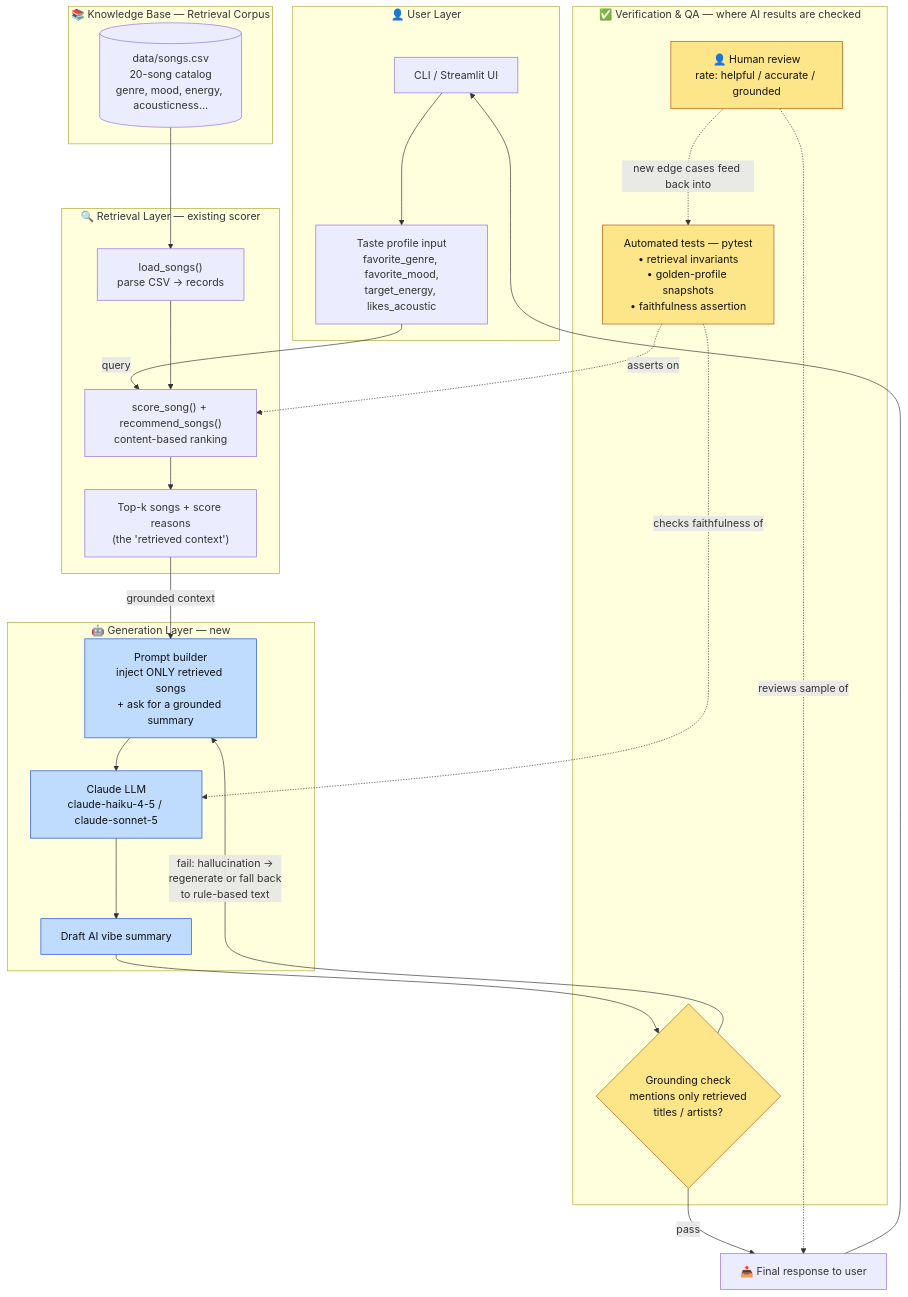
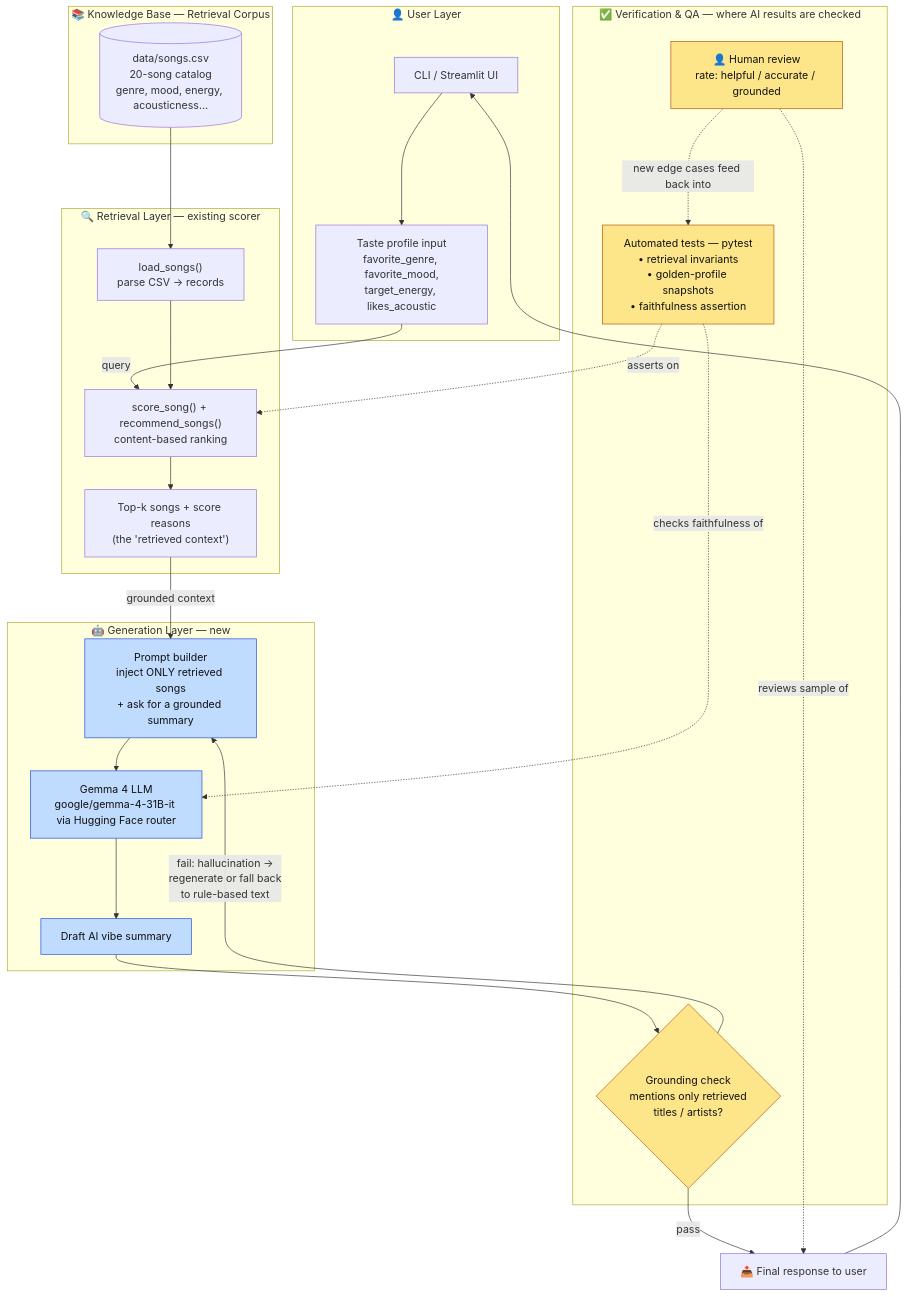
The diagram in docs/rag_architecture.md (yashsanap14/applied-ai-system-project), drawn with Mermaid before and after one commit. The commit also changed other lines of this file and 5 other files, not shown here.

First line of the commit message:
Switch RAG generation provider from Claude to Gemma 4 via Hugging Face

````diff
--- a/docs/rag_architecture.md
+++ b/docs/rag_architecture.md
@@ -12,57 +12,57 @@
 ```mermaid
 flowchart TD
     %% ---------- User Layer ----------
     subgraph USER["👤 User Layer"]
         UI["CLI / Streamlit UI"]
         U1["Taste profile input<br/>favorite_genre, favorite_mood,<br/>target_energy, likes_acoustic"]
     end
 
     %% ---------- Knowledge Base ----------
     subgraph KB["📚 Knowledge Base — Retrieval Corpus"]
         DB[("data/songs.csv<br/>20-song catalog<br/>genre, mood, energy, acousticness…")]
     end
 
     %% ---------- Retrieval Layer ----------
     subgraph RET["🔍 Retrieval Layer — existing scorer"]
         R1["load_songs()<br/>parse CSV → records"]
         R2["score_song() + recommend_songs()<br/>content-based ranking"]
         R3["Top-k songs + score reasons<br/>(the 'retrieved context')"]
     end
 
     %% ---------- Generation Layer ----------
     subgraph GEN["🤖 Generation Layer — new"]
         G1["Prompt builder<br/>inject ONLY retrieved songs<br/>+ ask for a grounded summary"]
-        G2["Claude LLM<br/>claude-haiku-4-5 / claude-sonnet-5"]
+        G2["Gemma 4 LLM<br/>google/gemma-4-31B-it via Hugging Face router"]
         G3["Draft AI vibe summary"]
     end
 
     %% ---------- Verification ----------
     subgraph VER["✅ Verification & QA — where AI results are checked"]
         V1{"Grounding check<br/>mentions only retrieved<br/>titles / artists?"}
         V2["Automated tests — pytest<br/>• retrieval invariants<br/>• golden-profile snapshots<br/>• faithfulness assertion"]
         V3["👤 Human review<br/>rate: helpful / accurate / grounded"]
     end
 
     OUT["📤 Final response to user"]
 
     %% ---------- Data flow ----------
     UI --> U1
     U1 -->|"query"| R2
     DB --> R1 --> R2 --> R3
     R3 -->|"grounded context"| G1 --> G2 --> G3
     G3 --> V1
     V1 -->|"pass"| OUT
     V1 -->|"fail: hallucination →<br/>regenerate or fall back<br/>to rule-based text"| G1
     OUT --> UI
 
     %% ---------- QA hooks ----------
     V2 -. "asserts on" .-> R2
     V2 -. "checks faithfulness of" .-> G2
     V3 -. "reviews sample of" .-> OUT
     V3 -. "new edge cases feed back into" .-> V2
 
     classDef verify fill:#fde68a,stroke:#b45309,color:#111;
     classDef new fill:#bfdbfe,stroke:#1d4ed8,color:#111;
     class V1,V2,V3 verify;
     class G1,G2,G3 new;
 ```
````
